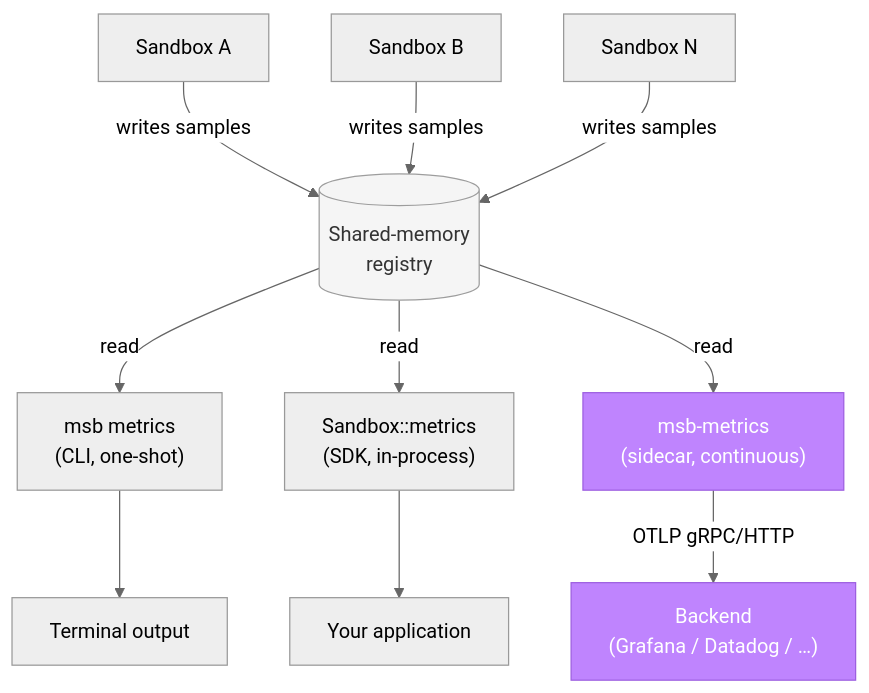
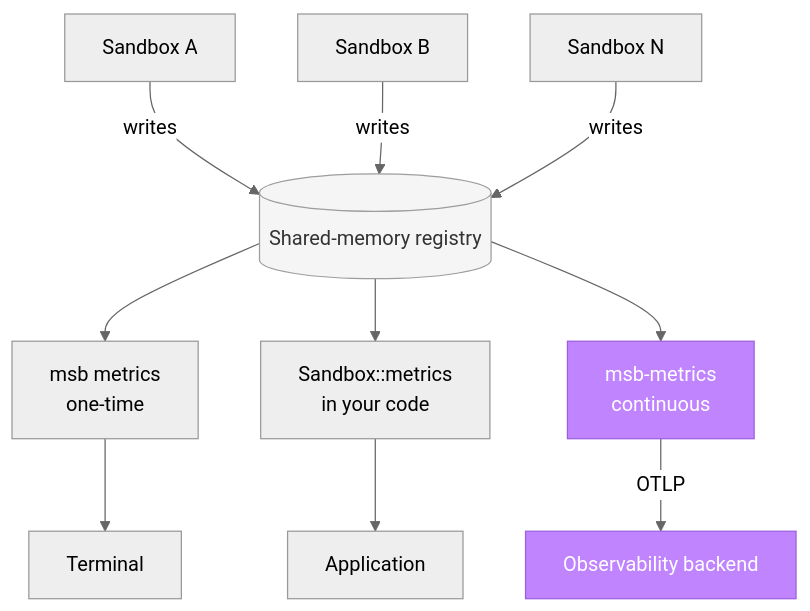
The diagram in docs/observability/msb-metrics.mdx (superradcompany/microsandbox), drawn with Mermaid (neutral theme) before and after one commit. The commit also changed other lines of this file and 36 other files, not shown here.

````diff
--- a/docs/observability/msb-metrics.mdx
+++ b/docs/observability/msb-metrics.mdx
@@ -30,21 +20,21 @@
 ```mermaid
 flowchart TD
     classDef store fill:#f5f5f5,stroke:#9d9d9d,color:#333
     classDef thispage fill:#bf84fe,color:#fff,stroke:#9d5fe0
 
     SB1[Sandbox A]
     SB2[Sandbox B]
     SB3[Sandbox N]
-    SB1 -->|writes samples| SHM
-    SB2 -->|writes samples| SHM
-    SB3 -->|writes samples| SHM
-    SHM[("Shared-memory<br/>registry")]:::store
+    SB1 -->|writes| SHM
+    SB2 -->|writes| SHM
+    SB3 -->|writes| SHM
+    SHM[(Shared-memory registry)]:::store
 
-    SHM -->|read| CLI["msb metrics<br/>(CLI, one-shot)"]
-    SHM -->|read| SDK["Sandbox::metrics<br/>(SDK, in-process)"]
-    SHM -->|read| MSB["msb-metrics<br/>(sidecar, continuous)"]:::thispage
+    SHM --> CLI["msb metrics<br/>one-time"]
+    SHM --> SDK["Sandbox::metrics<br/>in your code"]
+    SHM --> MSB["msb-metrics<br/>continuous"]:::thispage
 
-    CLI --> TERM[Terminal output]
-    SDK --> APP[Your application]
-    MSB -->|OTLP gRPC/HTTP| BACKEND["Backend<br/>(Grafana / Datadog / …)"]:::thispage
+    CLI --> TERM[Terminal]
+    SDK --> APP[Application]
+    MSB -->|OTLP| BACKEND[Observability backend]:::thispage
 ```
````
